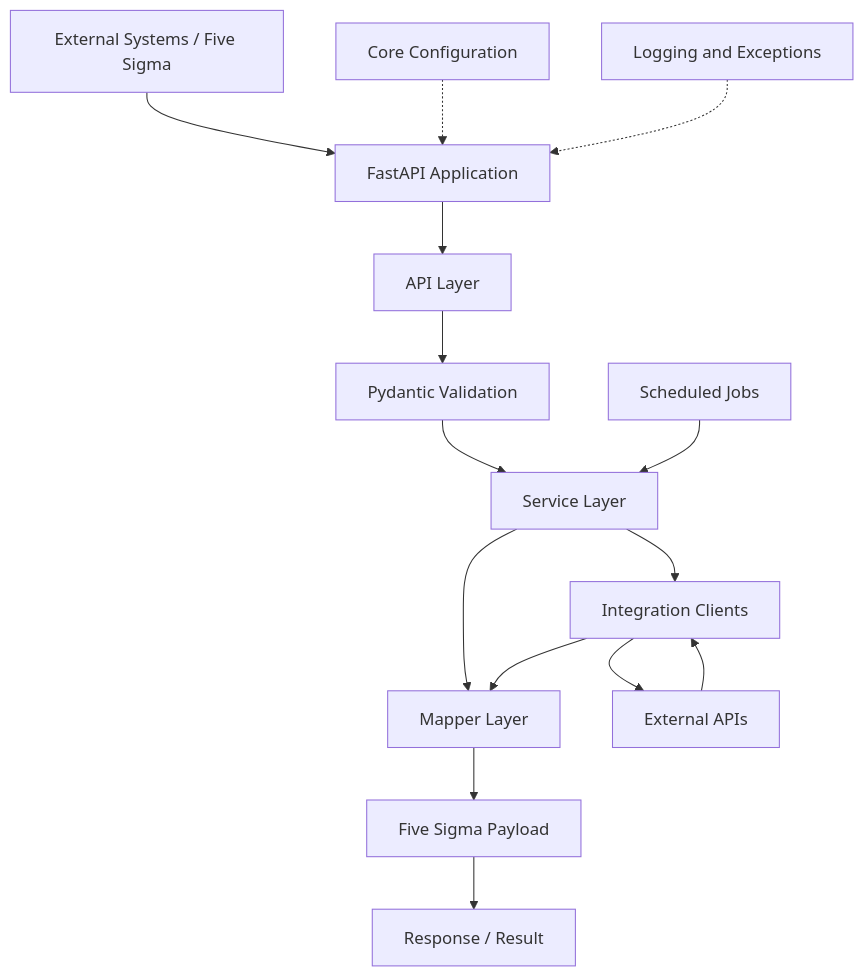
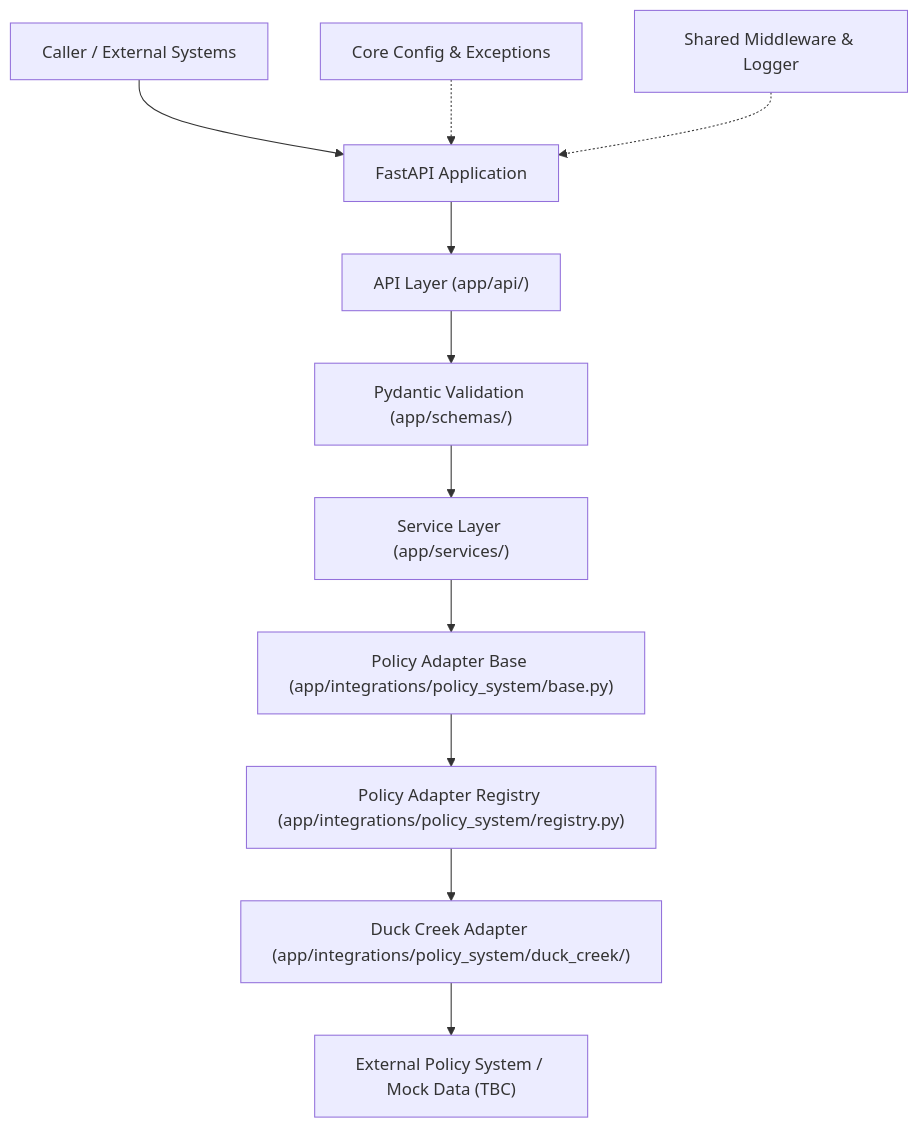
Before and after one commit to anujsinghwd/testcx: the diagram in README.md, drawn with Mermaid. The commit also changed other lines of this file and 10 other files, not shown here.

````diff
--- a/README.md
+++ b/README.md
@@ -34,18 +33,14 @@
 ```mermaid
 flowchart TD
-    A["External Systems / Five Sigma"] --> B["FastAPI Application"]
-    B --> C["API Layer"]
-    C --> D["Pydantic Validation"]
-    D --> E["Service Layer"]
-    E --> F["Integration Clients"]
-    E --> G["Mapper Layer"]
-    F --> H["External APIs"]
-    H --> F
-    F --> G
-    G --> I["Five Sigma Payload"]
-    I --> J["Response / Result"]
+    A["Caller / External Systems"] --> B["FastAPI Application"]
+    B --> C["API Layer (app/api/)"]
+    C --> D["Pydantic Validation (app/schemas/)"]
+    D --> E["Service Layer (app/services/)"]
+    E --> F["Policy Adapter Base (app/integrations/policy_system/base.py)"]
+    F --> G["Policy Adapter Registry (app/integrations/policy_system/registry.py)"]
+    G --> H["Duck Creek Adapter (app/integrations/policy_system/duck_creek/)"]
+    H --> I["External Policy System / Mock Data (TBC)"]
 
-    K["Core Configuration"] -.-> B
-    L["Logging and Exceptions"] -.-> B
-    M["Scheduled Jobs"] --> E
+    J["Core Config & Exceptions"] -.-> B
+    K["Shared Middleware & Logger"] -.-> B
 ```
````
